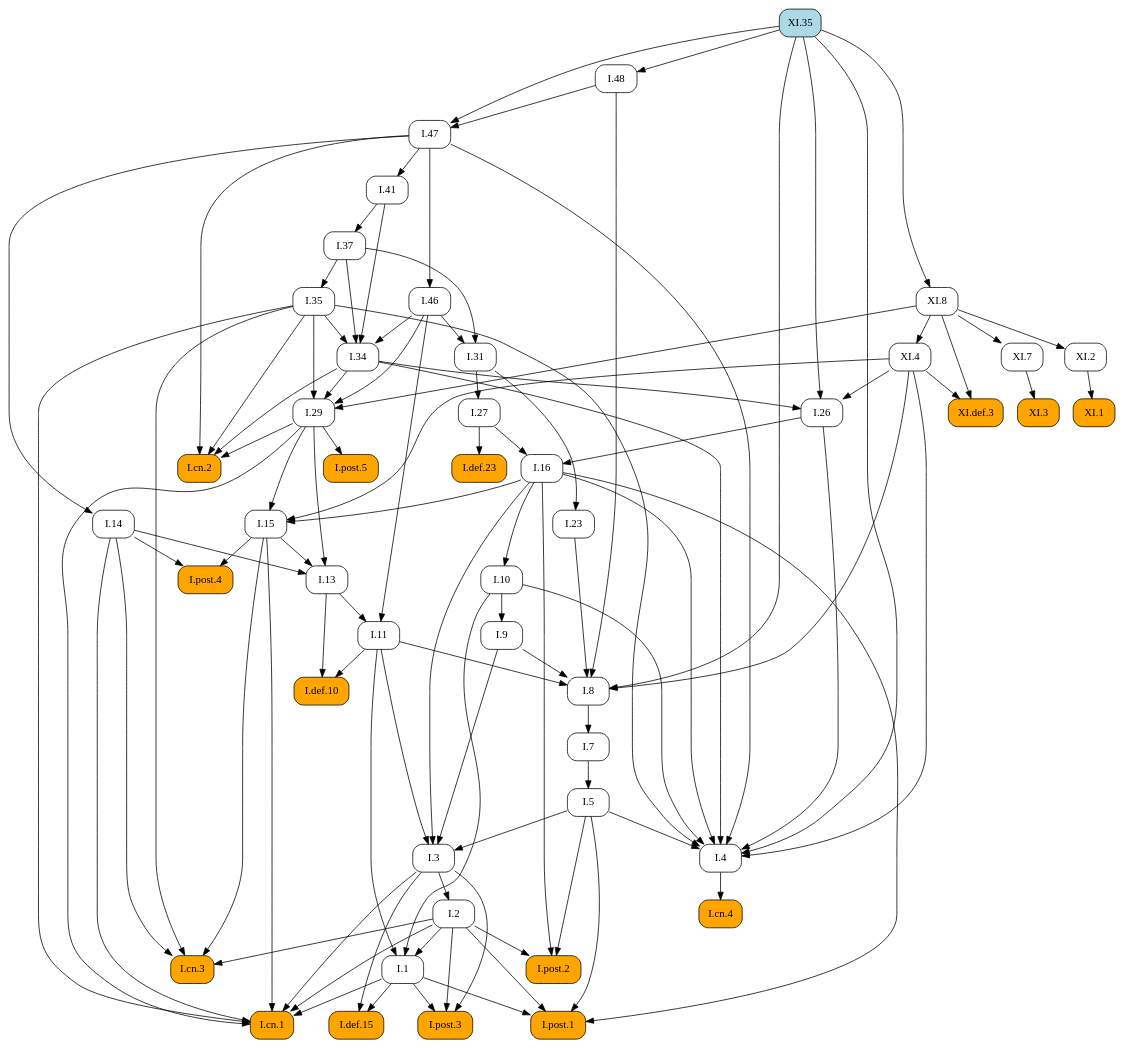
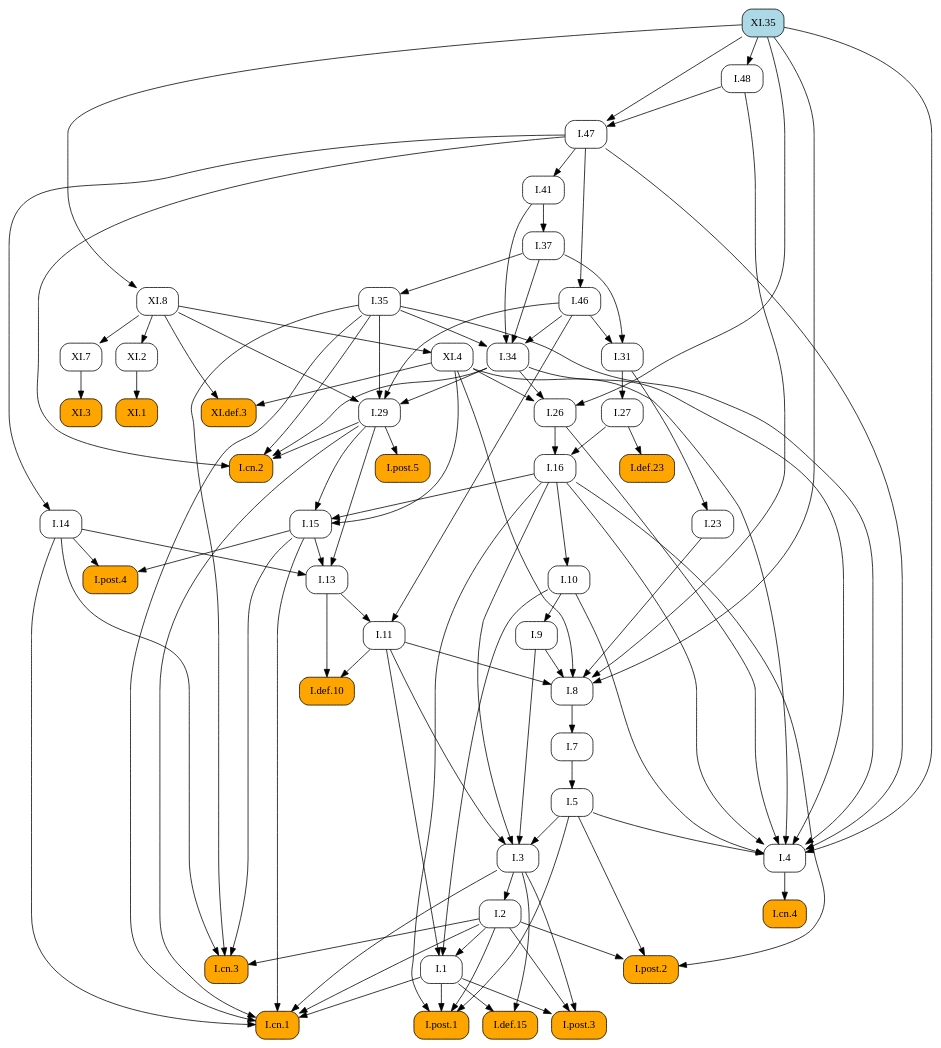
The diagram in docsrc/heath/XI/35/index.rst (geometor/elements), drawn with Graphviz before and after one commit. The commit also changed other lines of this file and 1029 other files, not shown here.

```diff
--- a/docsrc/heath/XI/35/index.rst
+++ b/docsrc/heath/XI/35/index.rst
@@ -84,106 +84,117 @@
    digraph {
      rankdir="TB";
      node [shape=box, style=rounded];
+     "I.def.10" [style="rounded,filled", fillcolor=orange, URL="/heath/I/def.10/", target="_top"];
+     "XI.def.3" [style="rounded,filled", fillcolor=orange, URL="/heath/XI/def.3/", target="_top"];
+     "I.post.4" [style="rounded,filled", fillcolor=orange, URL="/heath/I/post.4/", target="_top"];
+     "I.11" [URL="/heath/I/11/", target="_top"];
+     "I.1" [URL="/heath/I/1/", target="_top"];
+     "I.26" [URL="/heath/I/26/", target="_top"];
+     "XI.7" [URL="/heath/XI/7/", target="_top"];
+     "I.29" [URL="/heath/I/29/", target="_top"];
+     "I.cn.2" [style="rounded,filled", fillcolor=orange, URL="/heath/I/cn.2/", target="_top"];
+     "XI.8" [URL="/heath/XI/8/", target="_top"];
+     "I.47" [URL="/heath/I/47/", target="_top"];
+     "I.def.15" [style="rounded,filled", fillcolor=orange, URL="/heath/I/def.15/", target="_top"];
+     "I.post.3" [style="rounded,filled", fillcolor=orange, URL="/heath/I/post.3/", target="_top"];
+     "XI.1" [style="rounded,filled", fillcolor=orange, URL="/heath/XI/1/", target="_top"];
+     "I.cn.1" [style="rounded,filled", fillcolor=orange, URL="/heath/I/cn.1/", target="_top"];
      "I.cn.3" [style="rounded,filled", fillcolor=orange, URL="/heath/I/cn.3/", target="_top"];
+     "XI.2" [URL="/heath/XI/2/", target="_top"];
+     "I.14" [URL="/heath/I/14/", target="_top"];
+     "I.23" [URL="/heath/I/23/", target="_top"];
+     "I.post.1" [style="rounded,filled", fillcolor=orange, URL="/heath/I/post.1/", target="_top"];
+     "I.35" [URL="/heath/I/35/", target="_top"];
+     "I.41" [URL="/heath/I/41/", target="_top"];
+     "I.27" [URL="/heath/I/27/", target="_top"];
+     "I.46" [URL="/heath/I/46/", target="_top"];
      "I.7" [URL="/heath/I/7/", target="_top"];
-     "I.29" [URL="/heath/I/29/", target="_top"];
-     "I.27" [URL="/heath/I/27/", target="_top"];
+     "I.34" [URL="/heath/I/34/", target="_top"];
+     "I.3" [URL="/heath/I/3/", target="_top"];
      "I.37" [URL="/heath/I/37/", target="_top"];
+     "I.2" [URL="/heath/I/2/", target="_top"];
+     "I.4" [URL="/heath/I/4/", target="_top"];
      "I.def.23" [style="rounded,filled", fillcolor=orange, URL="/heath/I/def.23/", target="_top"];
-     "I.34" [URL="/heath/I/34/", target="_top"];
+     "I.13" [URL="/heath/I/13/", target="_top"];
+     "XI.35" [style="rounded,filled", fillcolor=lightblue, URL="/heath/XI/35/", target="_top"];
+     "I.post.2" [style="rounded,filled", fillcolor=orange, URL="/heath/I/post.2/", target="_top"];
+     "I.31" [URL="/heath/I/31/", target="_top"];
+     "I.16" [URL="/heath/I/16/", target="_top"];
+     "I.48" [URL="/heath/I/48/", target="_top"];
+     "I.9" [URL="/heath/I/9/", target="_top"];
      "I.8" [URL="/heath/I/8/", target="_top"];
-     "I.9" [URL="/heath/I/9/", target="_top"];
+     "I.cn.4" [style="rounded,filled", fillcolor=orange, URL="/heath/I/cn.4/", target="_top"];
+     "I.15" [URL="/heath/I/15/", target="_top"];
      "XI.4" [URL="/heath/XI/4/", target="_top"];
-     "I.post.4" [style="rounded,filled", fillcolor=orange, URL="/heath/I/post.4/", target="_top"];
-     "I.2" [URL="/heath/I/2/", target="_top"];
-     "I.def.15" [style="rounded,filled", fillcolor=orange, URL="/heath/I/def.15/", target="_top"];
-     "I.1" [URL="/heath/I/1/", target="_top"];
-     "I.post.1" [style="rounded,filled", fillcolor=orange, URL="/heath/I/post.1/", target="_top"];
-     "XI.1" [style="rounded,filled", fillcolor=orange, URL="/heath/XI/1/", target="_top"];
-     "XI.35" [style="rounded,filled", fillcolor=lightblue, URL="/heath/XI/35/", target="_top"];
-     "I.cn.4" [style="rounded,filled", fillcolor=orange, URL="/heath/I/cn.4/", target="_top"];
-     "I.26" [URL="/heath/I/26/", target="_top"];
-     "I.48" [URL="/heath/I/48/", target="_top"];
-     "I.23" [URL="/heath/I/23/", target="_top"];
-     "I.13" [URL="/heath/I/13/", target="_top"];
-     "I.cn.2" [style="rounded,filled", fillcolor=orange, URL="/heath/I/cn.2/", target="_top"];
+     "I.post.5" [style="rounded,filled", fillcolor=orange, URL="/heath/I/post.5/", target="_top"];
+     "I.10" [URL="/heath/I/10/", target="_top"];
      "I.5" [URL="/heath/I/5/", target="_top"];
-     "I.11" [URL="/heath/I/11/", target="_top"];
-     "I.10" [URL="/heath/I/10/", target="_top"];
-     "I.4" [URL="/heath/I/4/", target="_top"];
-     "I.3" [URL="/heath/I/3/", target="_top"];
-     "I.16" [URL="/heath/I/16/", target="_top"];
-     "I.31" [URL="/heath/I/31/", target="_top"];
-     "I.def.10" [style="rounded,filled", fillcolor=orange, URL="/heath/I/def.10/", target="_top"];
-     "I.46" [URL="/heath/I/46/", target="_top"];
-     "XI.def.3" [style="rounded,filled", fillcolor=orange, URL="/heath/XI/def.3/", target="_top"];
-     "I.post.2" [style="rounded,filled", fillcolor=orange, URL="/heath/I/post.2/", target="_top"];
-     "I.post.3" [style="rounded,filled", fillcolor=orange, URL="/heath/I/post.3/", target="_top"];
-     "I.post.5" [style="rounded,filled", fillcolor=orange, URL="/heath/I/post.5/", target="_top"];
      "XI.3" [style="rounded,filled", fillcolor=orange, URL="/heath/XI/3/", target="_top"];
-     "I.14" [URL="/heath/I/14/", target="_top"];
-     "XI.7" [URL="/heath/XI/7/", target="_top"];
-     "I.35" [URL="/heath/I/35/", target="_top"];
-     "I.47" [URL="/heath/I/47/", target="_top"];
-     "I.15" [URL="/heath/I/15/", target="_top"];
-     "I.cn.1" [style="rounded,filled", fillcolor=orange, URL="/heath/I/cn.1/", target="_top"];
-     "XI.2" [URL="/heath/XI/2/", target="_top"];
-     "XI.8" [URL="/heath/XI/8/", target="_top"];
-     "I.41" [URL="/heath/I/41/", target="_top"];
+     "I.11" -> "I.def.10";
+     "I.13" -> "I.def.10";
+     "XI.4" -> "XI.def.3";
+     "XI.8" -> "XI.def.3";
+     "I.14" -> "I.post.4";
+     "I.15" -> "I.post.4";
+     "I.13" -> "I.11";
+     "I.46" -> "I.11";
+     "I.2" -> "I.1";
+     "I.10" -> "I.1";
+     "I.11" -> "I.1";
+     "I.34" -> "I.26";
+     "XI.4" -> "I.26";
+     "XI.35" -> "I.26";
+     "XI.8" -> "XI.7";
+     "I.34" -> "I.29";
+     "I.35" -> "I.29";
+     "I.46" -> "I.29";
+     "XI.8" -> "I.29";
+     "I.29" -> "I.cn.2";
+     "I.34" -> "I.cn.2";
+     "I.35" -> "I.cn.2";
+     "I.47" -> "I.cn.2";
+     "XI.35" -> "XI.8";
+     "I.48" -> "I.47";
+     "XI.35" -> "I.47";
+     "I.1" -> "I.def.15";
+     "I.3" -> "I.def.15";
+     "I.1" -> "I.post.3";
+     "I.2" -> "I.post.3";
+     "I.3" -> "I.post.3";
+     "XI.2" -> "XI.1";
+     "I.1" -> "I.cn.1";
+     "I.2" -> "I.cn.1";
+     "I.3" -> "I.cn.1";
+     "I.14" -> "I.cn.1";
+     "I.15" -> "I.cn.1";
+     "I.29" -> "I.cn.1";
+     "I.35" -> "I.cn.1";
      "I.2" -> "I.cn.3";
      "I.14" -> "I.cn.3";
      "I.15" -> "I.cn.3";
      "I.35" -> "I.cn.3";
+     "XI.8" -> "XI.2";
+     "I.47" -> "I.14";
+     "I.31" -> "I.23";
+     "I.1" -> "I.post.1";
+     "I.2" -> "I.post.1";
+     "I.5" -> "I.post.1";
+     "I.16" -> "I.post.1";
+     "I.37" -> "I.35";
+     "I.47" -> "I.41";
+     "I.31" -> "I.27";
+     "I.47" -> "I.46";
      "I.8" -> "I.7";
-     "I.34" -> "I.29";
-     "I.35" -> "I.29";
-     "I.46" -> "I.29";
-     "XI.8" -> "I.29";
-     "I.31" -> "I.27";
-     "I.41" -> "I.37";
-     "I.27" -> "I.def.23";
      "I.35" -> "I.34";
      "I.37" -> "I.34";
      "I.41" -> "I.34";
      "I.46" -> "I.34";
-     "I.9" -> "I.8";
-     "I.11" -> "I.8";
-     "I.23" -> "I.8";
-     "I.48" -> "I.8";
-     "XI.4" -> "I.8";
-     "XI.35" -> "I.8";
-     "I.10" -> "I.9";
-     "XI.8" -> "XI.4";
-     "I.14" -> "I.post.4";
-     "I.15" -> "I.post.4";
+     "I.5" -> "I.3";
+     "I.9" -> "I.3";
+     "I.11" -> "I.3";
+     "I.16" -> "I.3";
+     "I.41" -> "I.37";
      "I.3" -> "I.2";
-     "I.1" -> "I.def.15";
-     "I.3" -> "I.def.15";
-     "I.2" -> "I.1";
-     "I.10" -> "I.1";
-     "I.11" -> "I.1";
-     "I.1" -> "I.post.1";
-     "I.2" -> "I.post.1";
-     "I.5" -> "I.post.1";
-     "I.16" -> "I.post.1";
-     "XI.2" -> "XI.1";
-     "I.4" -> "I.cn.4";
-     "I.34" -> "I.26";
-     "XI.4" -> "I.26";
-     "XI.35" -> "I.26";
-     "XI.35" -> "I.48";
-     "I.31" -> "I.23";
-     "I.14" -> "I.13";
-     "I.15" -> "I.13";
-     "I.29" -> "I.13";
-     "I.29" -> "I.cn.2";
-     "I.34" -> "I.cn.2";
-     "I.35" -> "I.cn.2";
-     "I.47" -> "I.cn.2";
-     "I.7" -> "I.5";
-     "I.13" -> "I.11";
-     "I.46" -> "I.11";
-     "I.16" -> "I.10";
      "I.5" -> "I.4";
      "I.10" -> "I.4";
      "I.16" -> "I.4";
@@ -193,43 +204,32 @@
      "I.47" -> "I.4";
      "XI.4" -> "I.4";
      "XI.35" -> "I.4";
-     "I.5" -> "I.3";
-     "I.9" -> "I.3";
-     "I.11" -> "I.3";
-     "I.16" -> "I.3";
-     "I.26" -> "I.16";
-     "I.27" -> "I.16";
-     "I.37" -> "I.31";
-     "I.46" -> "I.31";
-     "I.11" -> "I.def.10";
-     "I.13" -> "I.def.10";
-     "I.47" -> "I.46";
-     "XI.4" -> "XI.def.3";
-     "XI.8" -> "XI.def.3";
+     "I.27" -> "I.def.23";
+     "I.14" -> "I.13";
+     "I.15" -> "I.13";
+     "I.29" -> "I.13";
      "I.2" -> "I.post.2";
      "I.5" -> "I.post.2";
      "I.16" -> "I.post.2";
-     "I.1" -> "I.post.3";
-     "I.2" -> "I.post.3";
-     "I.3" -> "I.post.3";
-     "I.29" -> "I.post.5";
-     "XI.7" -> "XI.3";
-     "I.47" -> "I.14";
-     "XI.8" -> "XI.7";
-     "I.37" -> "I.35";
-     "I.48" -> "I.47";
-     "XI.35" -> "I.47";
+     "I.37" -> "I.31";
+     "I.46" -> "I.31";
+     "I.26" -> "I.16";
+     "I.27" -> "I.16";
+     "XI.35" -> "I.48";
+     "I.10" -> "I.9";
+     "I.9" -> "I.8";
+     "I.11" -> "I.8";
+     "I.23" -> "I.8";
+     "I.48" -> "I.8";
+     "XI.4" -> "I.8";
+     "XI.35" -> "I.8";
+     "I.4" -> "I.cn.4";
      "I.16" -> "I.15";
      "I.29" -> "I.15";
      "XI.4" -> "I.15";
-     "I.1" -> "I.cn.1";
-     "I.2" -> "I.cn.1";
-     "I.3" -> "I.cn.1";
-     "I.14" -> "I.cn.1";
-     "I.15" -> "I.cn.1";
-     "I.29" -> "I.cn.1";
-     "I.35" -> "I.cn.1";
-     "XI.8" -> "XI.2";
-     "XI.35" -> "XI.8";
-     "I.47" -> "I.41";
+     "XI.8" -> "XI.4";
+     "I.29" -> "I.post.5";
+     "I.16" -> "I.10";
+     "I.7" -> "I.5";
+     "XI.7" -> "XI.3";
    }
```
